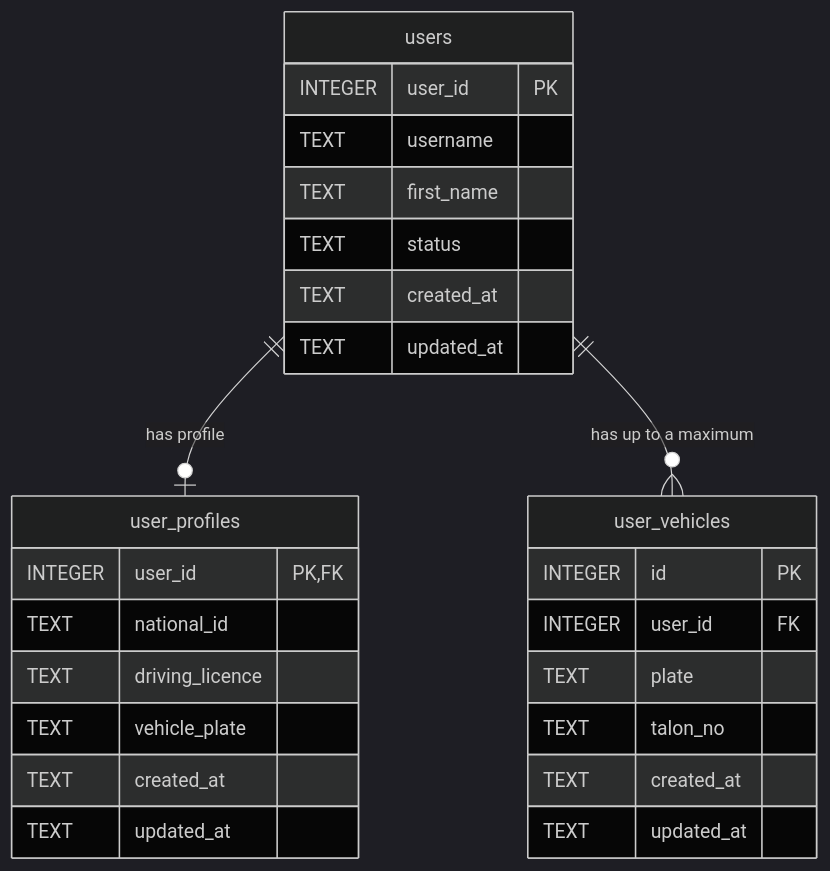
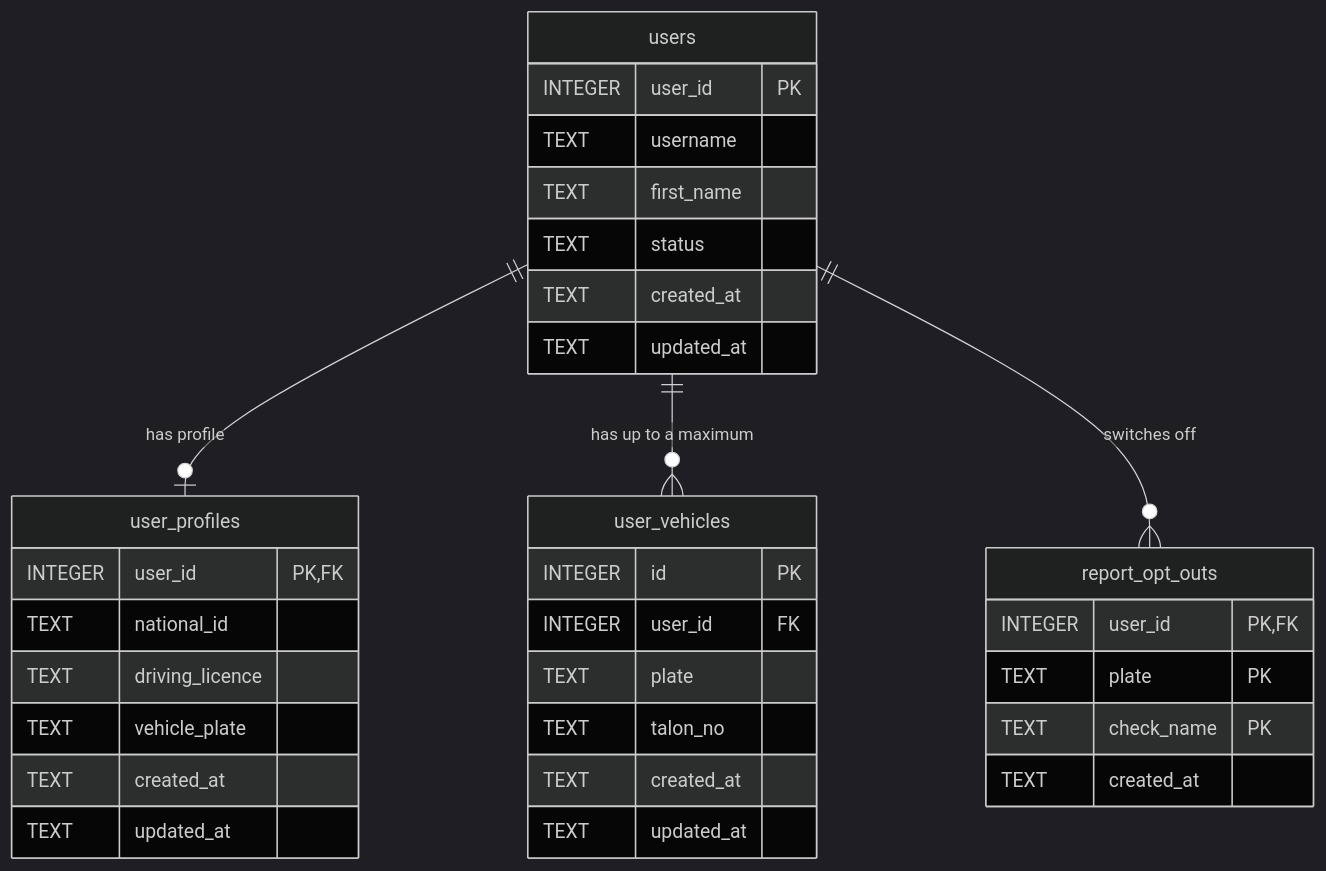
One commit to SecDevOpsPro/notify-telegram-bot changed the third of 9 diagrams in docs/plan.md. Above: the diagram before and after it, drawn with Mermaid (dark theme). The commit also changed other lines of this file and 12 other files, not shown here.

````diff
--- a/docs/plan.md
+++ b/docs/plan.md
@@ -118,29 +121,36 @@
 ```mermaid
 erDiagram
     users {
         INTEGER user_id PK
         TEXT    username
         TEXT    first_name
         TEXT    status
         TEXT    created_at
         TEXT    updated_at
     }
     user_profiles {
         INTEGER user_id PK, FK
         TEXT    national_id
         TEXT    driving_licence
         TEXT    vehicle_plate
         TEXT    created_at
         TEXT    updated_at
     }
     user_vehicles {
         INTEGER id PK
         INTEGER user_id FK
         TEXT    plate
         TEXT    talon_no
         TEXT    created_at
         TEXT    updated_at
     }
+    report_opt_outs {
+        INTEGER user_id PK, FK
+        TEXT    plate PK
+        TEXT    check_name PK
+        TEXT    created_at
+    }
     users ||--o| user_profiles : "has profile"
     users ||--o{ user_vehicles : "has up to a maximum"
+    users ||--o{ report_opt_outs : "switches off"
 ```
````
